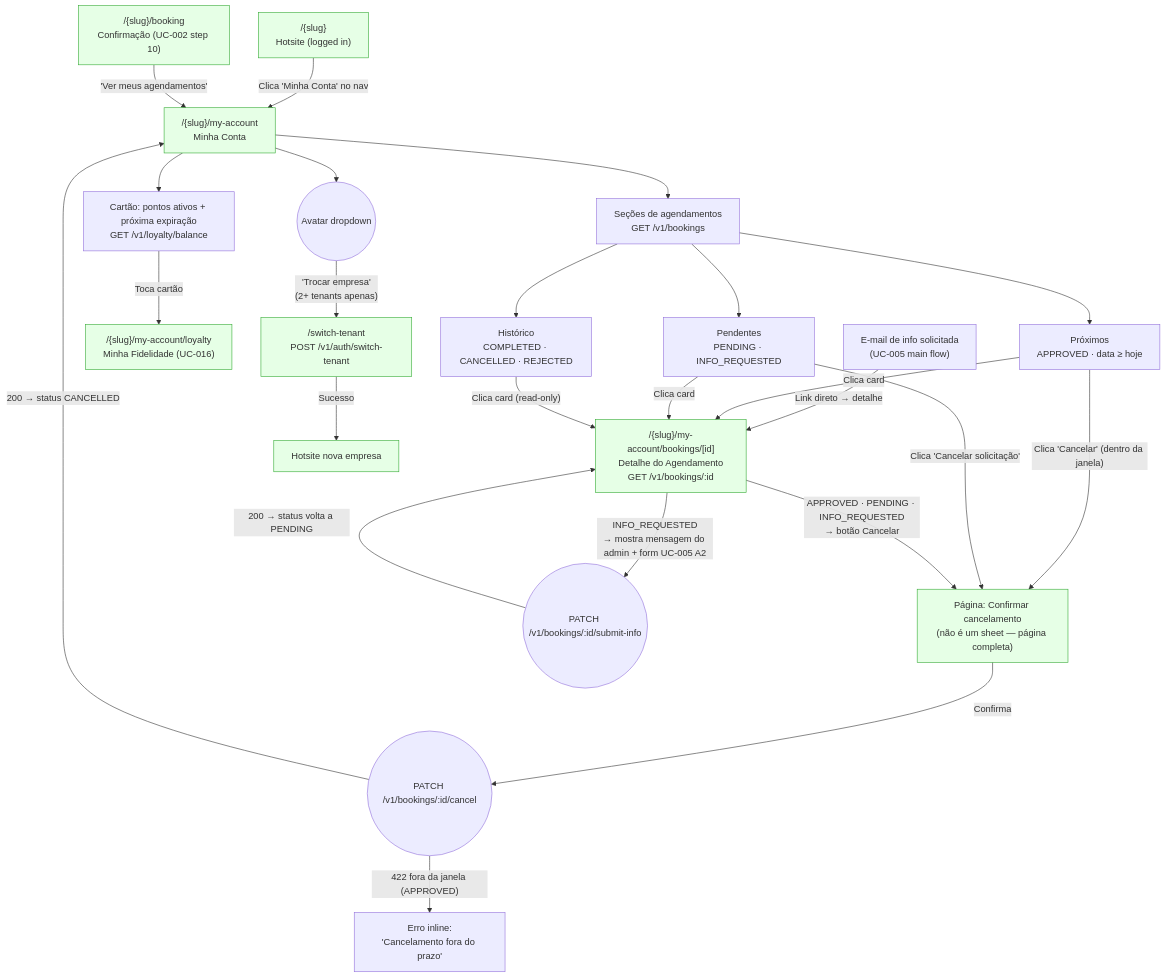
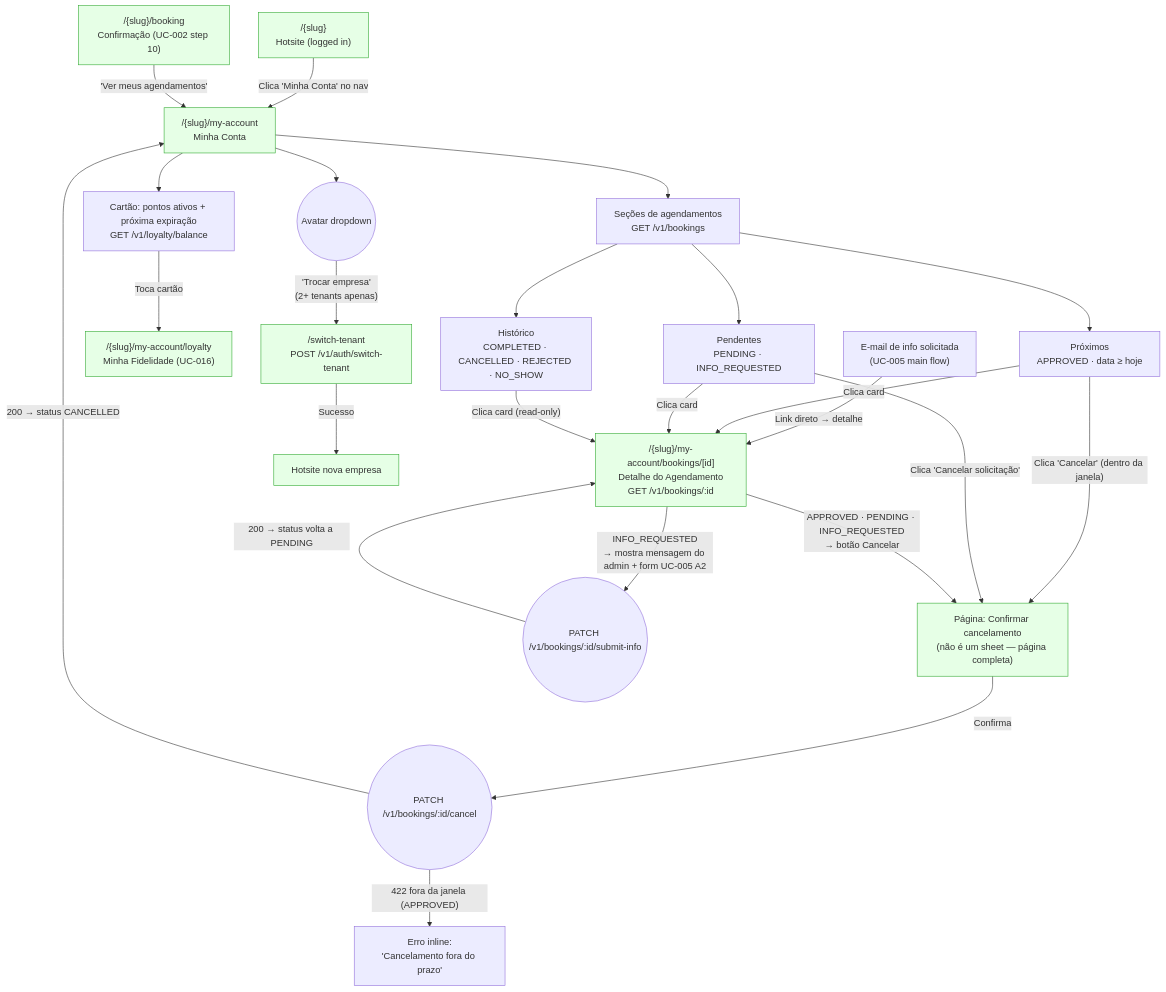
One commit to lmmoreira/ikaro changed the first of 3 diagrams in plan/journey/customer/minha-conta.md. Above: the diagram before and after it, drawn with Mermaid. The commit also changed other lines of this file and 14 other files, not shown here.

````diff
--- a/plan/journey/customer/minha-conta.md
+++ b/plan/journey/customer/minha-conta.md
@@ -10,38 +10,38 @@
 ```mermaid
 flowchart TD
     classDef existing fill:#e6ffe6,stroke:#3a3
     classDef gap stroke:#f00,stroke-dasharray: 5 5,fill:#fee
 
     Hotsite["/{slug}<br/>Hotsite (logged in)"] -->|"Clica 'Minha Conta' no nav"| MinhaConta
     BookingConfirm["/{slug}/booking<br/>Confirmação (UC-002 step 10)"] -->|"'Ver meus agendamentos'"| MinhaConta
     InfoEmail["E-mail de info solicitada<br/>(UC-005 main flow)"] -->|"Link direto → detalhe"| Detail
 
     MinhaConta["/{slug}/my-account<br/>Minha Conta"] --> LoyaltySummary["Cartão: pontos ativos + próxima expiração<br/>GET /v1/loyalty/balance"]
     LoyaltySummary -->|"Toca cartão"| LoyaltyFull["/{slug}/my-account/loyalty<br/>Minha Fidelidade (UC-016)"]
     MinhaConta --> AvatarMenu(("Avatar dropdown"))
     AvatarMenu -->|"'Trocar empresa'<br/>(2+ tenants apenas)"| SwitchTenant["/switch-tenant<br/>POST /v1/auth/switch-tenant"]
     SwitchTenant -->|"Sucesso"| NewTenant["Hotsite nova empresa"]
     MinhaConta --> BookingList["Seções de agendamentos<br/>GET /v1/bookings"]
 
     BookingList --> Upcoming["Próximos<br/>APPROVED · data ≥ hoje"]
     BookingList --> Pending["Pendentes<br/>PENDING · INFO_REQUESTED"]
-    BookingList --> Past["Histórico<br/>COMPLETED · CANCELLED · REJECTED"]
+    BookingList --> Past["Histórico<br/>COMPLETED · CANCELLED · REJECTED · NO_SHOW"]
 
     Upcoming -->|"Clica card"| Detail
     Pending -->|"Clica card"| Detail
     Past -->|"Clica card (read-only)"| Detail
 
     Upcoming -->|"Clica 'Cancelar' (dentro da janela)"| CancelPage["Página: Confirmar cancelamento<br/>(não é um sheet — página completa)"]
     Pending -->|"Clica 'Cancelar solicitação'"| CancelPage
 
     Detail["/{slug}/my-account/bookings/[id]<br/>Detalhe do Agendamento<br/>GET /v1/bookings/:id"] -->|"APPROVED · PENDING · INFO_REQUESTED<br/>→ botão Cancelar"| CancelPage
 
     Detail -->|"INFO_REQUESTED<br/>→ mostra mensagem do admin + form UC-005 A2"| InfoSubmit(("PATCH /v1/bookings/:id/submit-info"))
     InfoSubmit -->|"200 → status volta a PENDING"| Detail
 
     CancelPage -->|"Confirma"| CancelCall(("PATCH /v1/bookings/:id/cancel"))
     CancelCall -->|"200 → status CANCELLED"| MinhaConta
     CancelCall -->|"422 fora da janela (APPROVED)"| CancelError["Erro inline:<br/>'Cancelamento fora do prazo'"]
 
     class Hotsite,BookingConfirm,MinhaConta,Detail,CancelPage,LoyaltyFull,SwitchTenant,NewTenant existing
 ```
````
